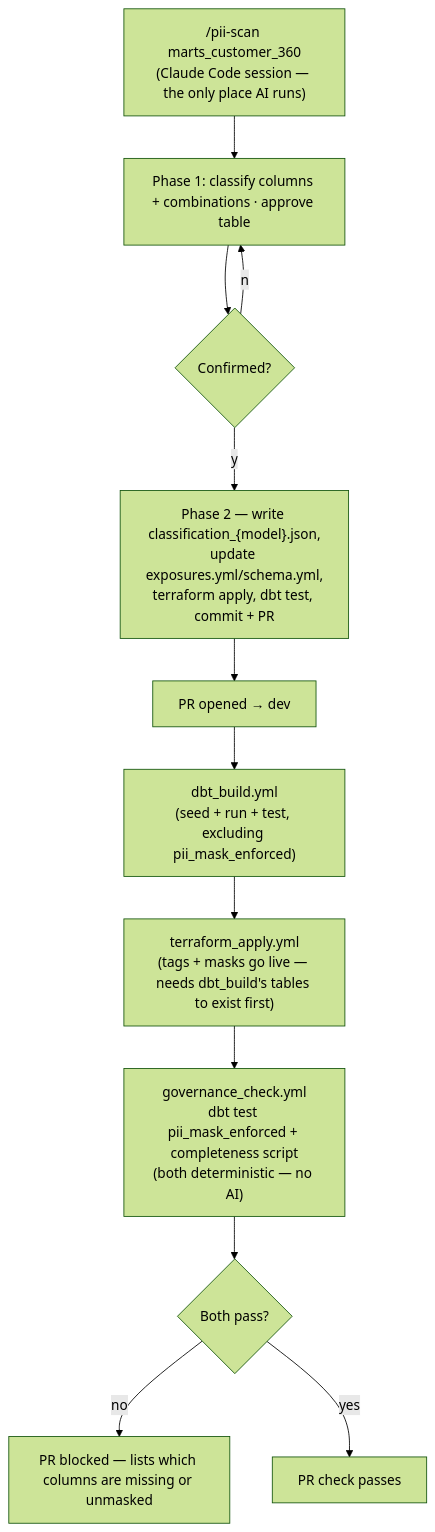
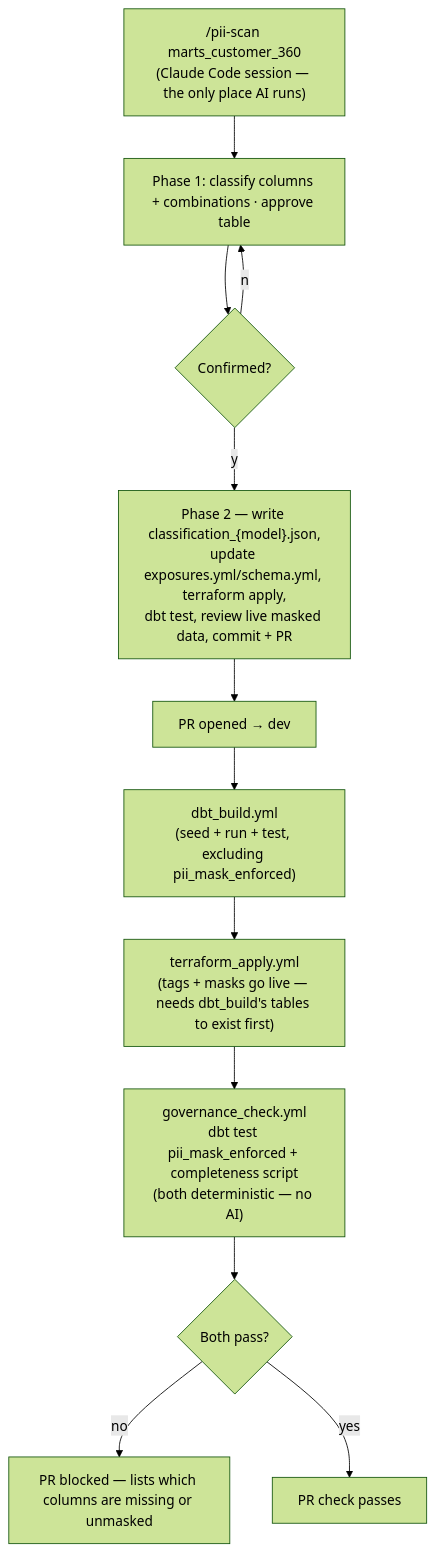
The first of 2 diagrams in README.md (Karasu1t/dbt-pii-compliance-pipeline), drawn with Mermaid (forest theme) before and after one commit. The commit also changed other lines of this file and 14 other files, not shown here.

````diff
--- a/README.md
+++ b/README.md
@@ -38,14 +38,14 @@
 ```mermaid
 flowchart TD
     A["/pii-scan marts_customer_360\n(Claude Code session — the only place AI runs)"] --> B["Phase 1: classify columns + combinations · approve table"]
     B --> C{Confirmed?}
     C -- n --> B
-    C -- y --> D["Phase 2 — write classification_{model}.json,\nupdate exposures.yml/schema.yml,\nterraform apply, dbt test, commit + PR"]
+    C -- y --> D["Phase 2 — write classification_{model}.json,\nupdate exposures.yml/schema.yml, terraform apply,\ndbt test, review live masked data, commit + PR"]
     D --> E["PR opened → dev"]
     E --> F["dbt_build.yml\n(seed + run + test, excluding pii_mask_enforced)"]
     F --> G["terraform_apply.yml\n(tags + masks go live — needs dbt_build's tables to exist first)"]
     G --> H["governance_check.yml\ndbt test pii_mask_enforced + completeness script\n(both deterministic — no AI)"]
     H --> I{Both pass?}
     I -- no --> J["PR blocked — lists which columns are missing or unmasked"]
     I -- yes --> K["PR check passes"]
 ```
````
